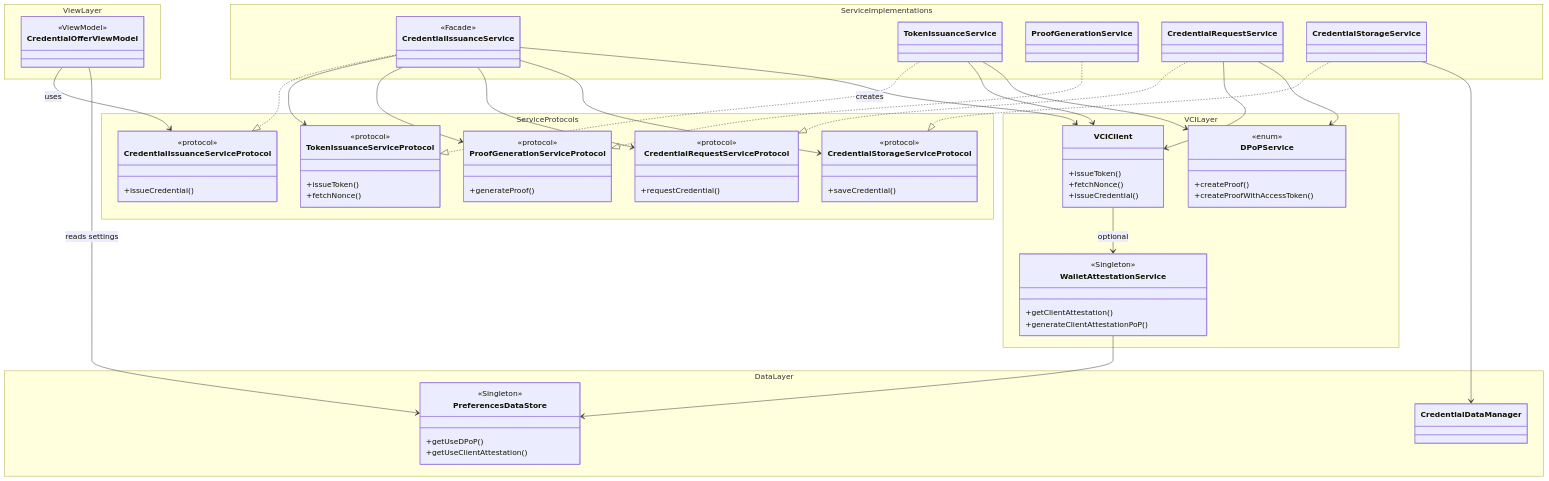
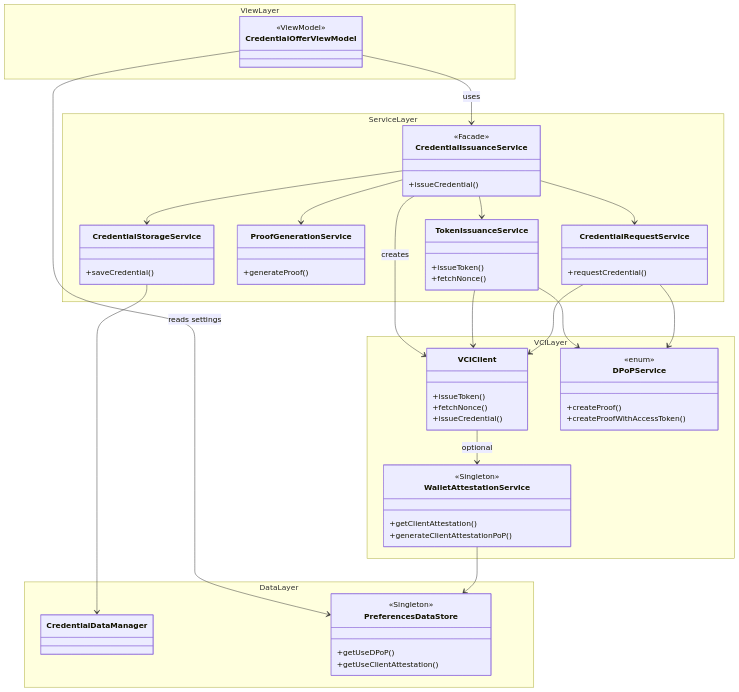
One commit to ryosuke-wakaba/OWND-Wallet-iOS changed the first of 4 diagrams in docs/features/credential-issuance/design.md. Above: the diagram before and after it, drawn with Mermaid. The commit also changed 9 other files, not shown here.

First line of the commit message:
refactor: Remove unused service protocols

```diff
--- a/docs/features/credential-issuance/design.md
+++ b/docs/features/credential-issuance/design.md
@@ -43,38 +43,24 @@
         }
     }
 
-    namespace ServiceProtocols {
-        class CredentialIssuanceServiceProtocol {
-            <<protocol>>
+    namespace ServiceLayer {
+        class CredentialIssuanceService {
+            <<Facade>>
             +issueCredential()
         }
-        class TokenIssuanceServiceProtocol {
-            <<protocol>>
+        class TokenIssuanceService {
             +issueToken()
             +fetchNonce()
         }
-        class ProofGenerationServiceProtocol {
-            <<protocol>>
+        class ProofGenerationService {
             +generateProof()
         }
-        class CredentialRequestServiceProtocol {
-            <<protocol>>
+        class CredentialRequestService {
             +requestCredential()
         }
-        class CredentialStorageServiceProtocol {
-            <<protocol>>
+        class CredentialStorageService {
             +saveCredential()
         }
-    }
-
-    namespace ServiceImplementations {
-        class CredentialIssuanceService {
-            <<Facade>>
-        }
-        class TokenIssuanceService
-        class ProofGenerationService
-        class CredentialRequestService
-        class CredentialStorageService
     }
 
     namespace VCILayer {
@@ -105,21 +91,14 @@
     }
 
     %% View -> Service
-    CredentialOfferViewModel --> CredentialIssuanceServiceProtocol : uses
+    CredentialOfferViewModel --> CredentialIssuanceService : uses
     CredentialOfferViewModel --> PreferencesDataStore : reads settings
 
-    %% Protocol Implementations
-    CredentialIssuanceService ..|> CredentialIssuanceServiceProtocol
-    TokenIssuanceService ..|> TokenIssuanceServiceProtocol
-    ProofGenerationService ..|> ProofGenerationServiceProtocol
-    CredentialRequestService ..|> CredentialRequestServiceProtocol
-    CredentialStorageService ..|> CredentialStorageServiceProtocol
-
     %% Facade Dependencies
-    CredentialIssuanceService --> TokenIssuanceServiceProtocol
-    CredentialIssuanceService --> ProofGenerationServiceProtocol
-    CredentialIssuanceService --> CredentialRequestServiceProtocol
-    CredentialIssuanceService --> CredentialStorageServiceProtocol
+    CredentialIssuanceService --> TokenIssuanceService
+    CredentialIssuanceService --> ProofGenerationService
+    CredentialIssuanceService --> CredentialRequestService
+    CredentialIssuanceService --> CredentialStorageService
     CredentialIssuanceService --> VCIClient : creates
 
     %% Service -> VCI Layer
```
